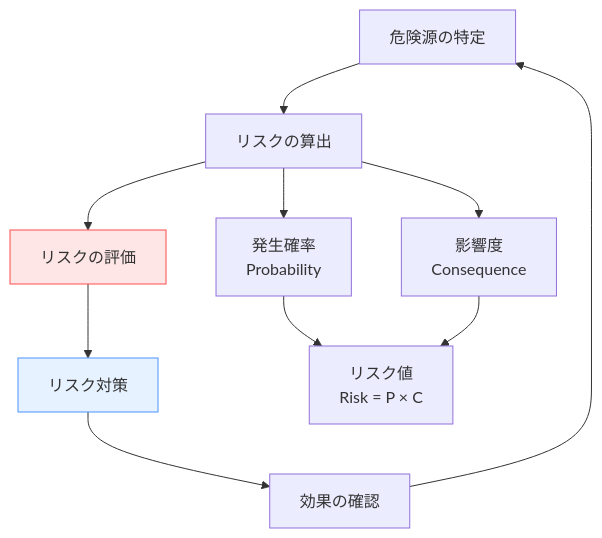
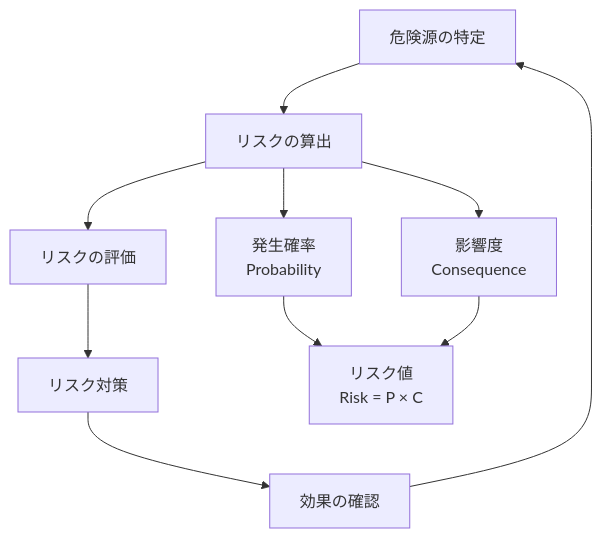
One commit to shuji-bonji/Situational-Awareness-and-Decision-Making changed the fifth of 7 diagrams in docs/applications/industrial.md. Above: the diagram before and after it, drawn with Mermaid. The commit also changed other lines of this file and 49 other files, not shown here.

Commit message:
fix: ダークモードで見づらい図の色の変更

````diff
--- a/docs/applications/industrial.md
+++ b/docs/applications/industrial.md
@@ -374,16 +374,16 @@
 ```mermaid
 graph TD
     A[危険源の特定] --> B[リスクの算出]
     B --> C[リスクの評価]
     C --> D[リスク対策]
     D --> E[効果の確認]
     E --> A
     
     B --> F[発生確率<br>Probability]
     B --> G[影響度<br>Consequence]
     F --> H[リスク値<br>Risk = P × C]
     G --> H
     
-    style C fill:#ffe6e6,stroke:#ff4d4d
-    style D fill:#e6f2ff,stroke:#4d94ff
+
+
 ```
````
